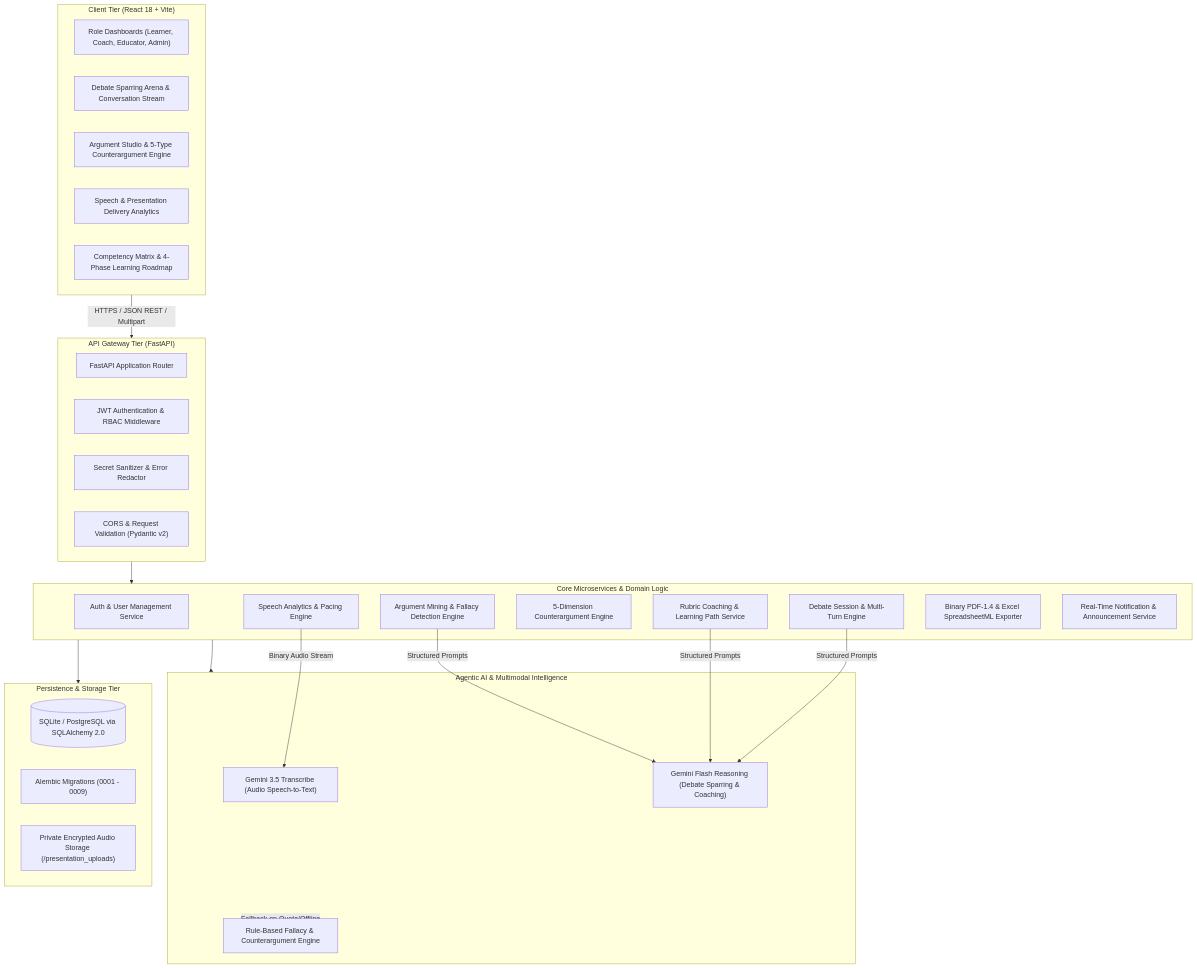
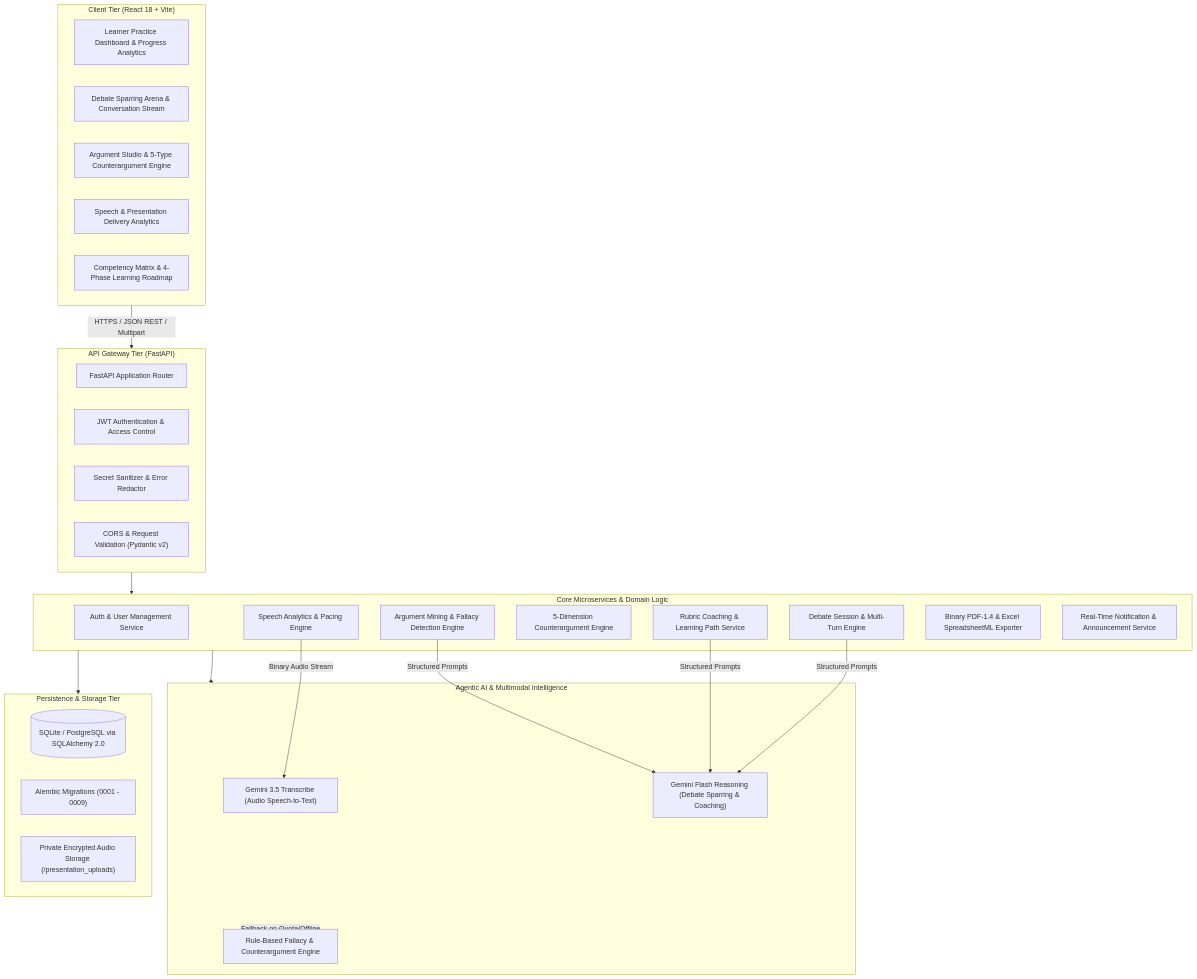
One commit to Bhoomika26M/Agentic-AI-Debate-Coaching-and-Intelligent-Presentation-Analysis-Platform-Project. changed the diagram in README.md. Above: the diagram before and after it, drawn with Mermaid. The commit also changed other lines of this file, not shown here.

Commit message:
Update README and correct authentication documentation

````diff
--- a/README.md
+++ b/README.md
@@ -117,48 +122,48 @@
 ```mermaid
 flowchart TD
     subgraph Client["Client Tier (React 18 + Vite)"]
-        UI_Dash["Role Dashboards (Learner, Coach, Educator, Admin)"]
+        UI_Dash["Learner Practice Dashboard & Progress Analytics"]
         UI_Debate["Debate Sparring Arena & Conversation Stream"]
         UI_Studio["Argument Studio & 5-Type Counterargument Engine"]
         UI_Pres["Speech & Presentation Delivery Analytics"]
         UI_Skills["Competency Matrix & 4-Phase Learning Roadmap"]
     end
 
     subgraph Gateway["API Gateway Tier (FastAPI)"]
         Router["FastAPI Application Router"]
-        AuthMid["JWT Authentication & RBAC Middleware"]
+        AuthMid["JWT Authentication & Access Control"]
         Sanitize["Secret Sanitizer & Error Redactor"]
         CORS["CORS & Request Validation (Pydantic v2)"]
     end
 
     subgraph Services["Core Microservices & Domain Logic"]
         AuthSvc["Auth & User Management Service"]
         DebateSvc["Debate Session & Multi-Turn Engine"]
         ArgSvc["Argument Mining & Fallacy Detection Engine"]
         CounterSvc["5-Dimension Counterargument Engine"]
         PresSvc["Speech Analytics & Pacing Engine"]
         CoachSvc["Rubric Coaching & Learning Path Service"]
         ExportSvc["Binary PDF-1.4 & Excel SpreadsheetML Exporter"]
         NotifSvc["Real-Time Notification & Announcement Service"]
     end
 
     subgraph AI["Agentic AI & Multimodal Intelligence"]
         GeminiTranscribe["Gemini 3.5 Transcribe (Audio Speech-to-Text)"]
         GeminiFlash["Gemini Flash Reasoning (Debate Sparring & Coaching)"]
         HeuristicFallback["Rule-Based Fallacy & Counterargument Engine"]
     end
 
     subgraph Data["Persistence & Storage Tier"]
         DB[(SQLite / PostgreSQL via SQLAlchemy 2.0)]
         Migrations["Alembic Migrations (0001 - 0009)"]
         FileStore["Private Encrypted Audio Storage (/presentation_uploads)"]
     end
 
     Client -->|HTTPS / JSON REST / Multipart| Gateway
     Gateway --> Services
     Services --> AI
     Services --> Data
     PresSvc -->|Binary Audio Stream| GeminiTranscribe
     DebateSvc & CoachSvc & ArgSvc -->|Structured Prompts| GeminiFlash
     AI -.->|Fallback on Quota/Offline| HeuristicFallback
 ```
````
